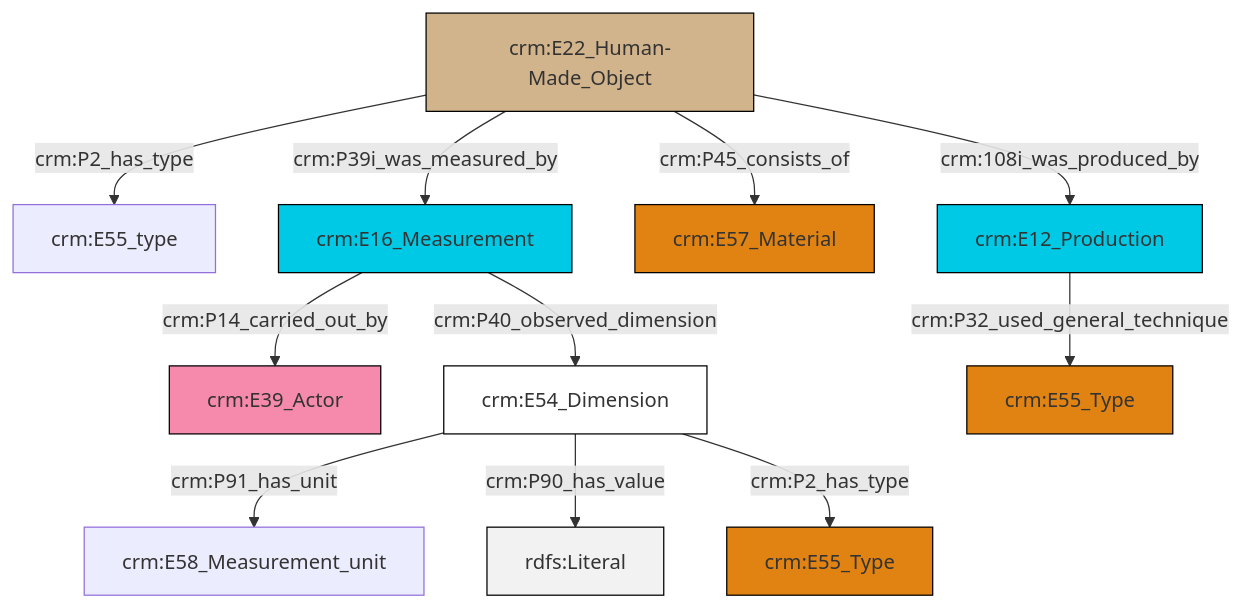
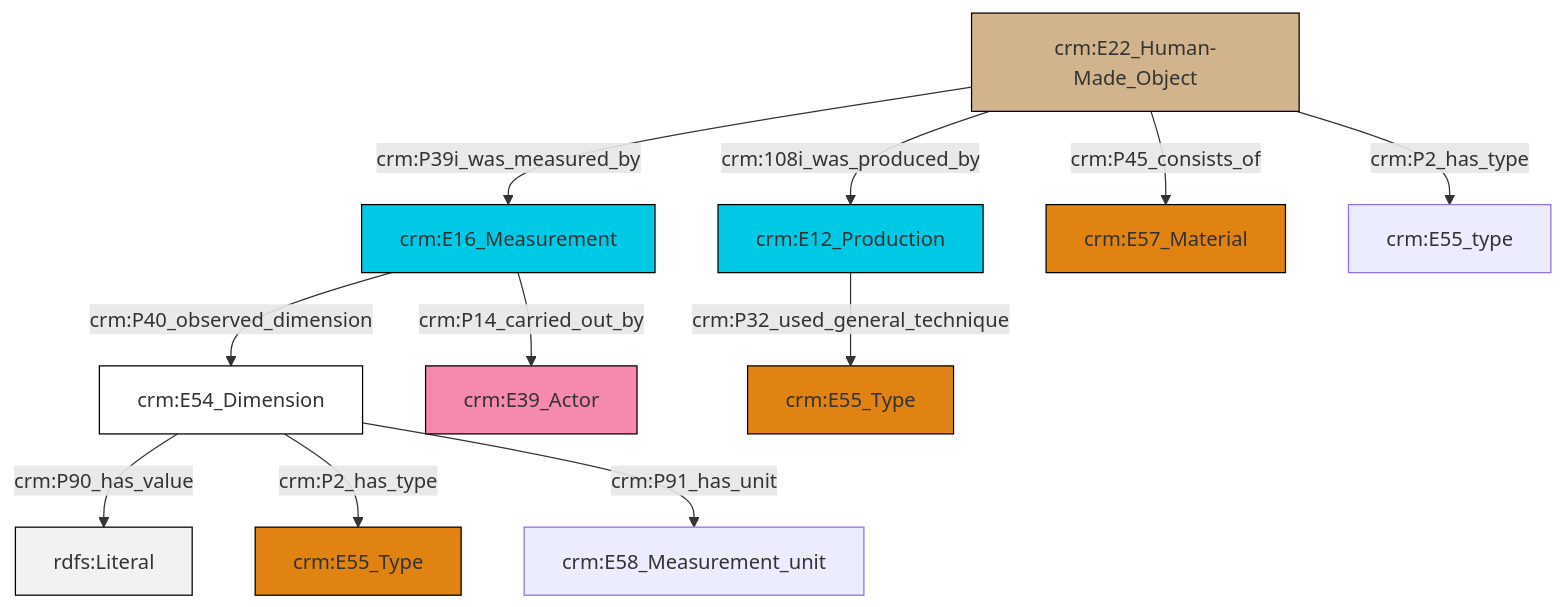
One commit to ncarboni/srdm changed the diagram in et/artworkCSV/ttl/mmd/Artwork_substance.ttl.mmd. Above: the diagram before and after it, drawn with Mermaid. The commit also changed 367 other files, not shown here.

```diff
--- a/et/artworkCSV/ttl/mmd/Artwork_substance.ttl.mmd
+++ b/et/artworkCSV/ttl/mmd/Artwork_substance.ttl.mmd
@@ -1,25 +1,25 @@
 graph TD
 classDef Literal fill:#f2f2f2,stroke:#000000;
 classDef CRM_Entity fill:#FFFFFF,stroke:#000000;
 classDef Temporal_Entity fill:#00C9E6, stroke:#000000;
 classDef Type fill:#E18312, stroke:#000000;
 classDef Time-Span fill:#2C9C91, stroke:#000000;
 classDef Appellation fill:#FFEB7F, stroke:#000000;
 classDef Place fill:#008836, stroke:#000000;
 classDef Persistent_Item fill:#B266B2, stroke:#000000;
 classDef Conceptual_Object fill:#FFD700, stroke:#000000;
 classDef Physical_Thing fill:#D2B48C, stroke:#000000;
 classDef Actor fill:#f58aad, stroke:#000000;
 classDef PC_Classes fill:#4ce600, stroke:#000000;
 classDef Multi fill:#cccccc,stroke:#000000;
 
-4["crm:E16_Measurement"]:::Temporal_Entity -->|crm:P14_carried_out_by| 5["crm:E39_Actor"]:::Actor
-8["crm:E54_Dimension"]:::CRM_Entity -->|crm:P91_has_unit| 10["crm:E58_Measurement_unit"]:::Default
-2["crm:E22_Human-Made_Object"]:::Physical_Thing -->|crm:P39i_was_measured_by| 4["crm:E16_Measurement"]:::Temporal_Entity
-15["crm:E12_Production"]:::Temporal_Entity -->|crm:P32_used_general_technique| 16["crm:E55_Type"]:::Type
-8["crm:E54_Dimension"]:::CRM_Entity -->|crm:P90_has_value| 17[rdfs:Literal]:::Literal
-2["crm:E22_Human-Made_Object"]:::Physical_Thing -->|crm:108i_was_produced_by| 15["crm:E12_Production"]:::Temporal_Entity
-2["crm:E22_Human-Made_Object"]:::Physical_Thing -->|crm:P2_has_type| 0["crm:E55_type"]:::Default
-2["crm:E22_Human-Made_Object"]:::Physical_Thing -->|crm:P45_consists_of| 6["crm:E57_Material"]:::Type
-8["crm:E54_Dimension"]:::CRM_Entity -->|crm:P2_has_type| 13["crm:E55_Type"]:::Type
-4["crm:E16_Measurement"]:::Temporal_Entity -->|crm:P40_observed_dimension| 8["crm:E54_Dimension"]:::CRM_Entity
+0["crm:E54_Dimension"]:::CRM_Entity -->|crm:P90_has_value| 1[rdfs:Literal]:::Literal
+0["crm:E54_Dimension"]:::CRM_Entity -->|crm:P2_has_type| 4["crm:E55_Type"]:::Type
+5["crm:E16_Measurement"]:::Temporal_Entity -->|crm:P14_carried_out_by| 6["crm:E39_Actor"]:::Actor
+11["crm:E22_Human-Made_Object"]:::Physical_Thing -->|crm:P39i_was_measured_by| 5["crm:E16_Measurement"]:::Temporal_Entity
+11["crm:E22_Human-Made_Object"]:::Physical_Thing -->|crm:108i_was_produced_by| 13["crm:E12_Production"]:::Temporal_Entity
+11["crm:E22_Human-Made_Object"]:::Physical_Thing -->|crm:P45_consists_of| 14["crm:E57_Material"]:::Type
+0["crm:E54_Dimension"]:::CRM_Entity -->|crm:P91_has_unit| 2["crm:E58_Measurement_unit"]:::Default
+11["crm:E22_Human-Made_Object"]:::Physical_Thing -->|crm:P2_has_type| 16["crm:E55_type"]:::Default
+5["crm:E16_Measurement"]:::Temporal_Entity -->|crm:P40_observed_dimension| 0["crm:E54_Dimension"]:::CRM_Entity
+13["crm:E12_Production"]:::Temporal_Entity -->|crm:P32_used_general_technique| 8["crm:E55_Type"]:::Type
```
